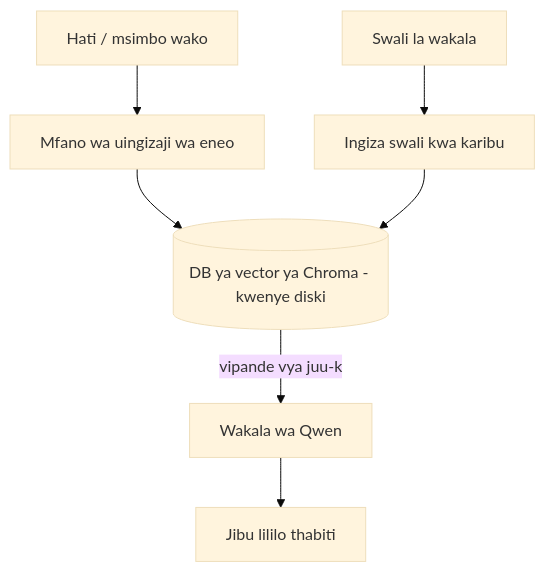
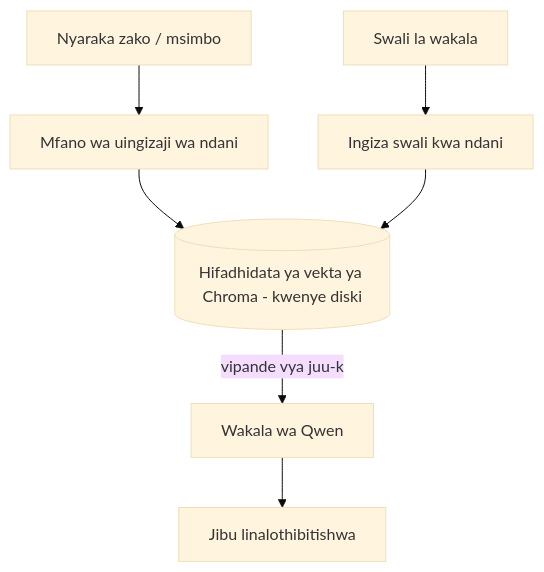
Before and after one commit to microsoft/ai-agents-for-beginners: the third of 4 diagrams in translations/sw/17-creating-local-ai-agents/README.md, drawn with Mermaid (base theme). The commit also changed other lines of this file and 47 other files, not shown here.

````diff
--- a/translations/sw/17-creating-local-ai-agents/README.md
+++ b/translations/sw/17-creating-local-ai-agents/README.md
@@ -125,9 +125,9 @@
 ```mermaid
 flowchart TB
-    D[Hati / msimbo wako] --> E[Mfano wa uingizaji wa eneo]
-    E --> V[(DB ya vector ya Chroma - kwenye diski)]
-    Q[Swali la wakala] --> QE[Ingiza swali kwa karibu]
+    D[Nyaraka zako / msimbo] --> E[Mfano wa uingizaji wa ndani]
+    E --> V[(Hifadhidata ya vekta ya Chroma - kwenye diski)]
+    Q[Swali la wakala] --> QE[Ingiza swali kwa ndani]
     QE --> V
     V -->|vipande vya juu-k| A[Wakala wa Qwen]
-    A --> Ans[Jibu lililo thabiti]
+    A --> Ans[Jibu linalothibitishwa]
 ```
````
